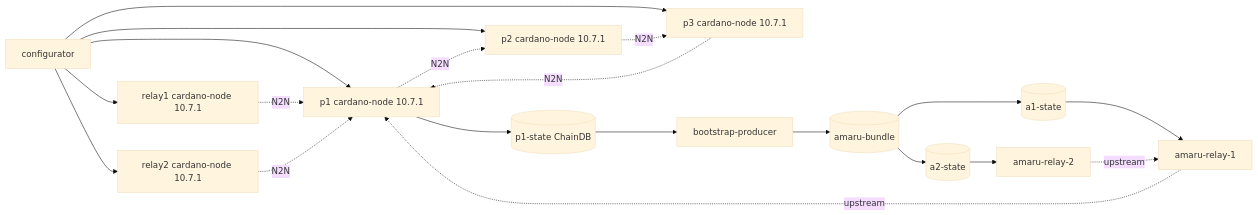
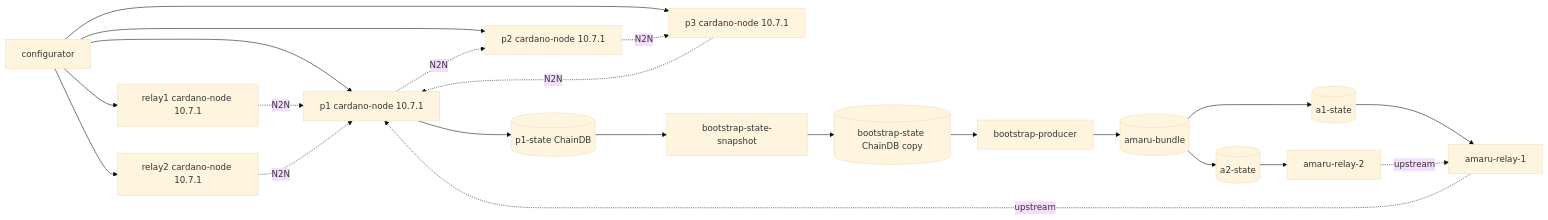
Before and after one commit to cardano-foundation/cardano-node-antithesis: the diagram in docs/testnets/cardano-amaru.md, drawn with Mermaid (base theme). The commit also changed other lines of this file and 3 other files, not shown here.

````diff
--- a/docs/testnets/cardano-amaru.md
+++ b/docs/testnets/cardano-amaru.md
@@ -75,25 +75,27 @@
 ```mermaid
 flowchart LR
     configurator[configurator] --> p1[p1 cardano-node 10.7.1]
     configurator --> p2[p2 cardano-node 10.7.1]
     configurator --> p3[p3 cardano-node 10.7.1]
     configurator --> relay1[relay1 cardano-node 10.7.1]
     configurator --> relay2[relay2 cardano-node 10.7.1]
 
     p1 -.N2N.-> p2
     p2 -.N2N.-> p3
     p3 -.N2N.-> p1
     relay1 -.N2N.-> p1
     relay2 -.N2N.-> p1
 
     p1 --> chain[(p1-state ChainDB)]
-    chain --> producer[bootstrap-producer]
+    chain --> snap[bootstrap-state-snapshot]
+    snap --> copy[(bootstrap-state ChainDB copy)]
+    copy --> producer[bootstrap-producer]
     producer --> bundle[(amaru-bundle)]
     bundle --> a1[(a1-state)]
     bundle --> a2[(a2-state)]
     a1 --> amaru1[amaru-relay-1]
     a2 --> amaru2[amaru-relay-2]
 
     amaru1 -.upstream.-> p1
     amaru2 -.upstream.-> amaru1
 ```
````
